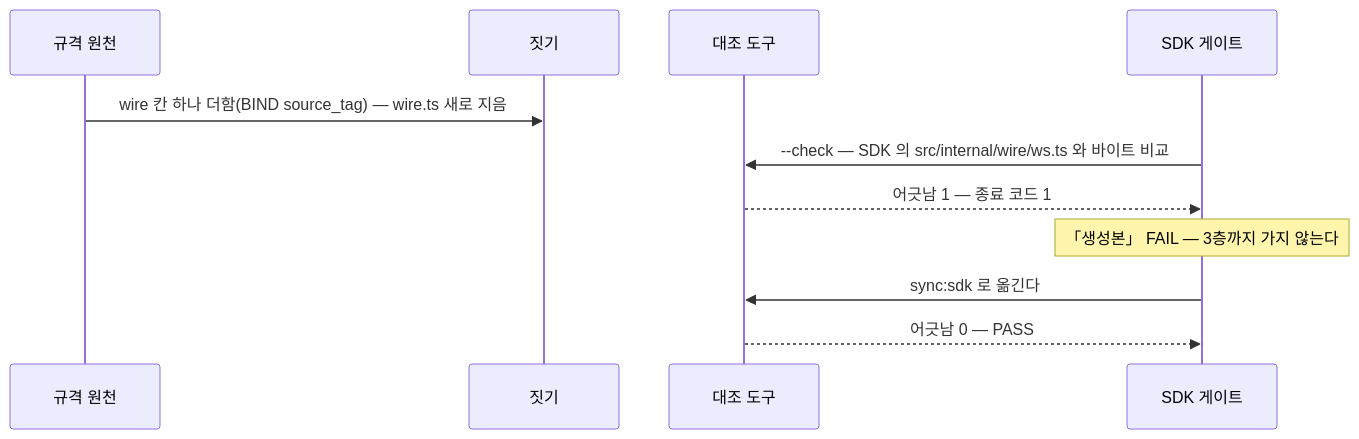
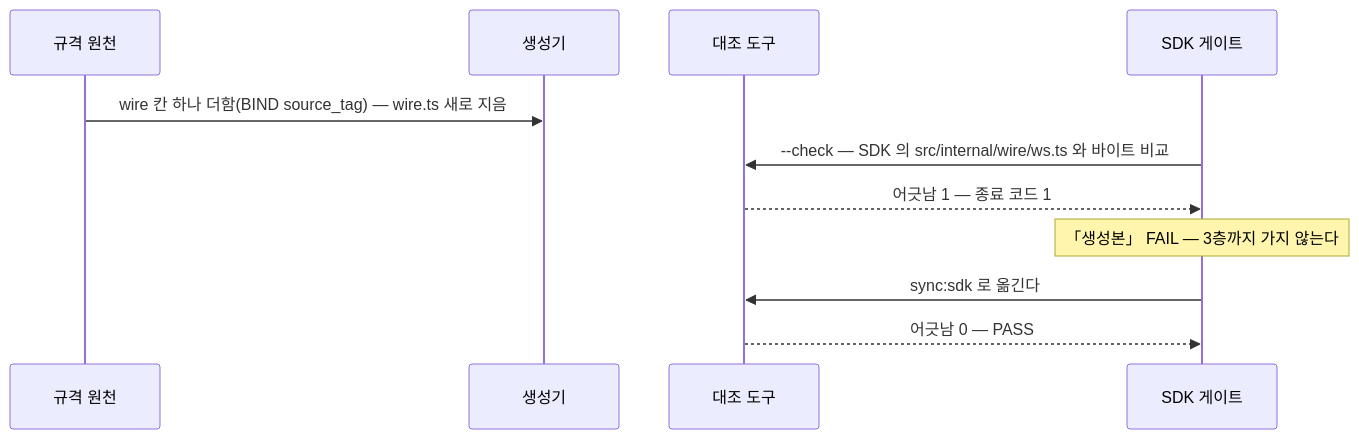
One commit to kodeholic9/oxlens-sfu changed the sixth of 6 diagrams in docs/learn/15_SDK_INSIDE.md. Above: the diagram before and after it, drawn with Mermaid. The commit also changed other lines of this file and 19 other files, not shown here.

````diff
--- a/docs/learn/15_SDK_INSIDE.md
+++ b/docs/learn/15_SDK_INSIDE.md
@@ -229,13 +295,13 @@
 ```mermaid
 sequenceDiagram
   participant D as 규격 원천
-  participant G as 짓기
+  participant G as 생성기
   participant T as 대조 도구
   participant K as SDK 게이트
   D->>G: wire 칸 하나 더함(BIND source_tag) — wire.ts 새로 지음
   K->>T: --check — SDK 의 src/internal/wire/ws.ts 와 바이트 비교
   T-->>K: 어긋남 1 — 종료 코드 1
   Note over K: 「생성본」 FAIL — 3층까지 가지 않는다
   K->>T: sync:sdk 로 옮긴다
   T-->>K: 어긋남 0 — PASS
 ```
````
